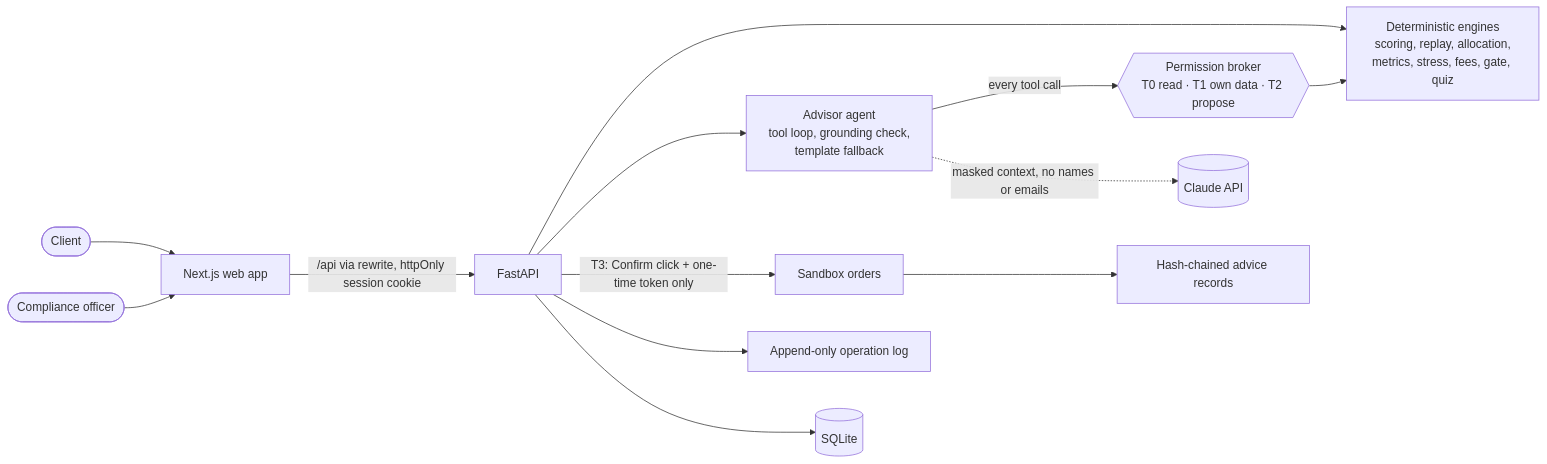
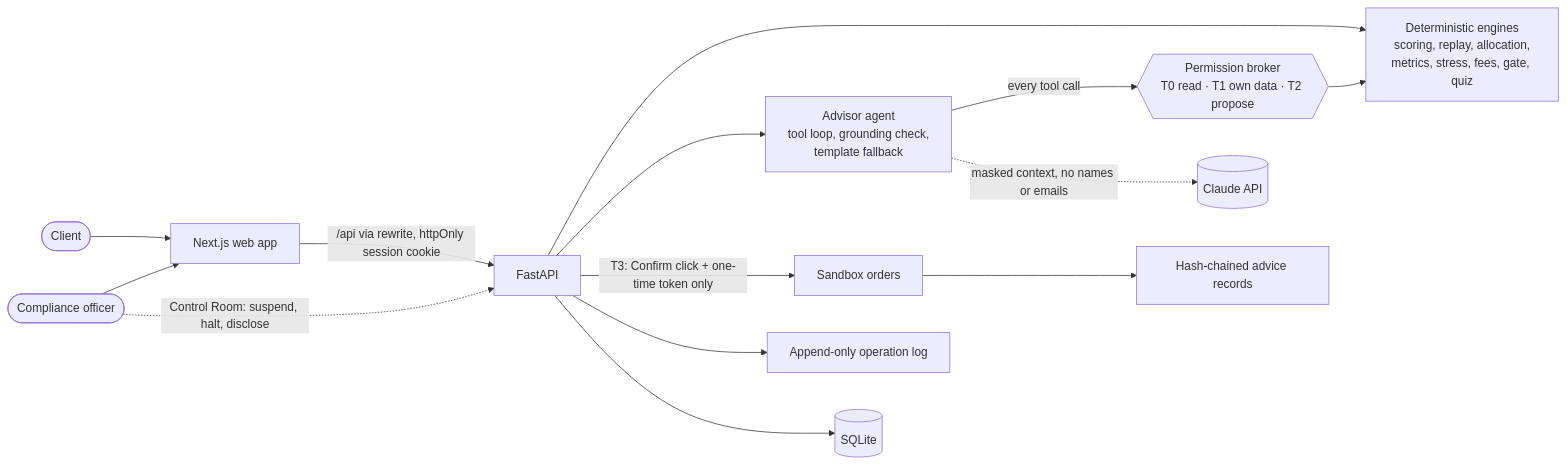
The diagram in README.md (joynto7/Aegis-Wealth-AI), drawn with Mermaid before and after one commit. The commit also changed other lines of this file and 13 other files, not shown here.

````diff
--- a/README.md
+++ b/README.md
@@ -87,15 +107,16 @@
 ```mermaid
 flowchart LR
   Client([Client]) --> Web[Next.js web app]
   Officer([Compliance officer]) --> Web
   Web -- "/api via rewrite, httpOnly session cookie" --> API[FastAPI]
   API --> Engines["Deterministic engines<br/>scoring, replay, allocation,<br/>metrics, stress, fees, gate, quiz"]
   API --> Agent["Advisor agent<br/>tool loop, grounding check,<br/>template fallback"]
   Agent -- "every tool call" --> Broker{{"Permission broker<br/>T0 read · T1 own data · T2 propose"}}
   Broker --> Engines
   Agent -. "masked context, no names or emails" .-> Claude[(Claude API)]
   API -- "T3: Confirm click + one-time token only" --> Sandbox[Sandbox orders]
+  Officer -. "Control Room: suspend, halt, disclose" .-> API
   Sandbox --> Records["Hash-chained advice records"]
   API --> Log["Append-only operation log"]
   API --> DB[(SQLite)]
 ```
````
